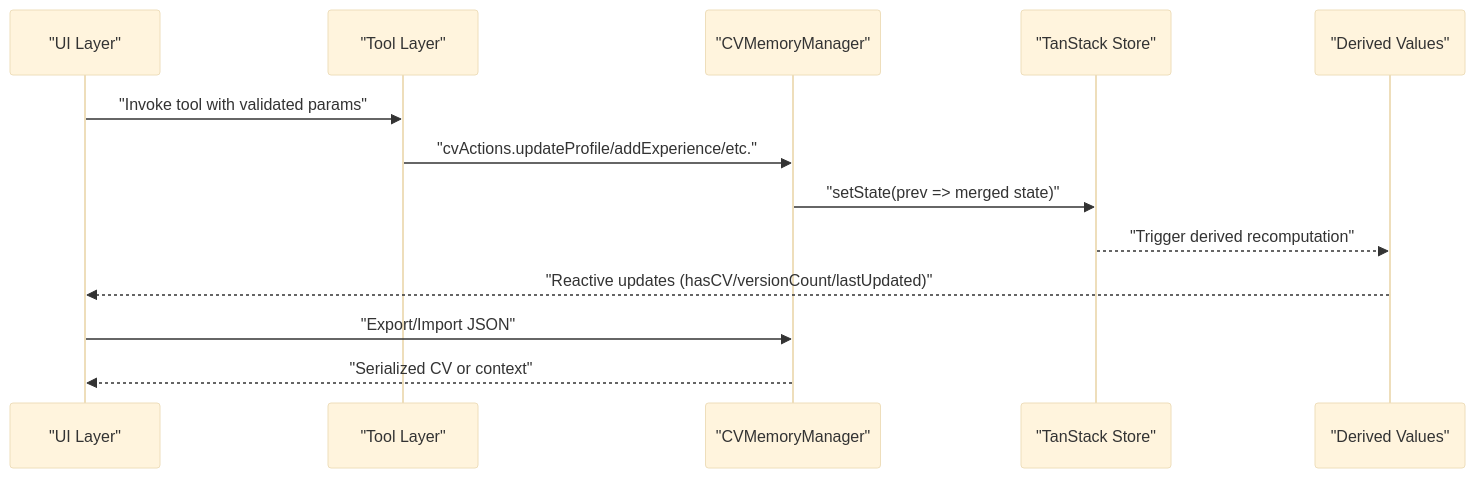
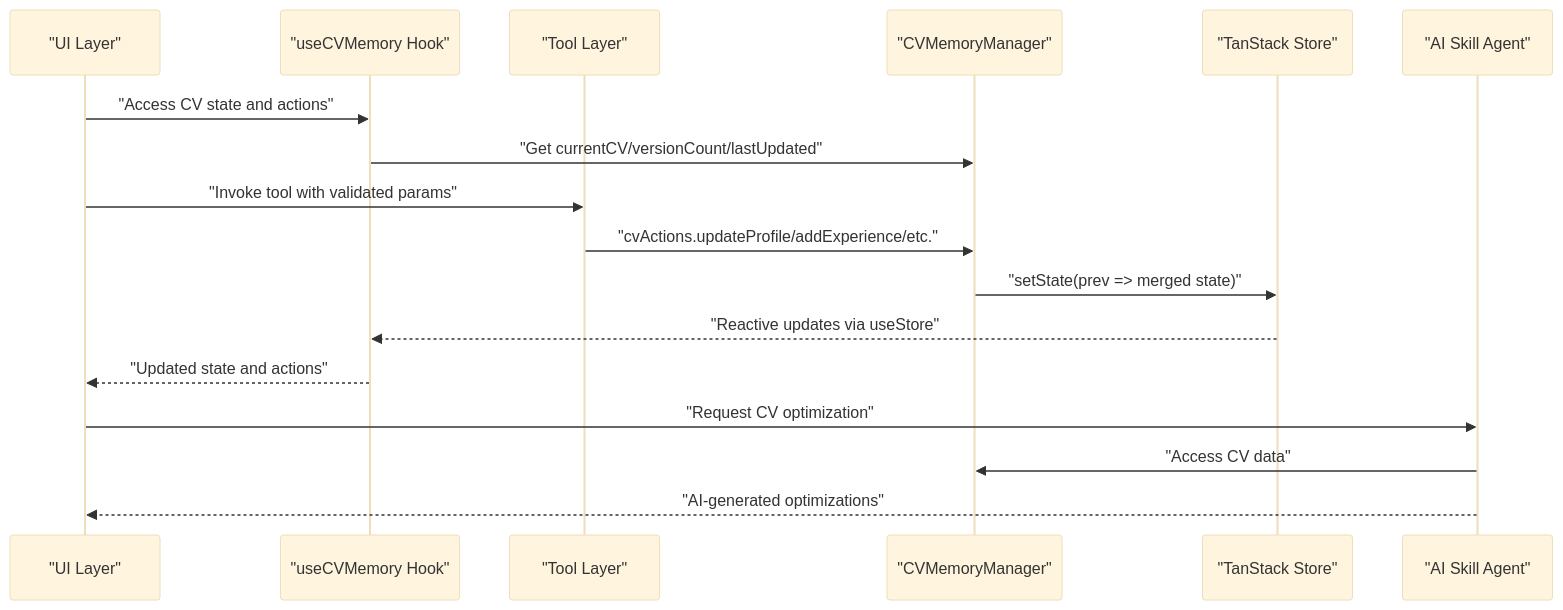
One commit to DoVuDung/cv-portfolio-builder changed the second of 10 diagrams in .qoder/repowiki/en/content/CV Data Management/CV Data Management.md. Above: the diagram before and after it, drawn with Mermaid (base theme). The commit also changed other lines of this file and 26 other files, not shown here.

First line of the commit message:
docs(agent): update AI Agent System with MCP tool architecture and CV Builder integration

````diff
--- a/.qoder/repowiki/en/content/CV Data Management/CV Data Management.md
+++ b/.qoder/repowiki/en/content/CV Data Management/CV Data Management.md
@@ -117,15 +142,19 @@
 ```mermaid
 sequenceDiagram
 participant UI as "UI Layer"
+participant Hook as "useCVMemory Hook"
 participant Tools as "Tool Layer"
 participant Mem as "CVMemoryManager"
 participant Store as "TanStack Store"
-participant Der as "Derived Values"
+participant Agent as "AI Skill Agent"
+UI->>Hook : "Access CV state and actions"
+Hook->>Mem : "Get currentCV/versionCount/lastUpdated"
 UI->>Tools : "Invoke tool with validated params"
 Tools->>Mem : "cvActions.updateProfile/addExperience/etc."
 Mem->>Store : "setState(prev => merged state)"
-Store-->>Der : "Trigger derived recomputation"
-Der-->>UI : "Reactive updates (hasCV/versionCount/lastUpdated)"
-UI->>Mem : "Export/Import JSON"
-Mem-->>UI : "Serialized CV or context"
+Store-->>Hook : "Reactive updates via useStore"
+Hook-->>UI : "Updated state and actions"
+UI->>Agent : "Request CV optimization"
+Agent->>Mem : "Access CV data"
+Agent-->>UI : "AI-generated optimizations"
 ```
````
